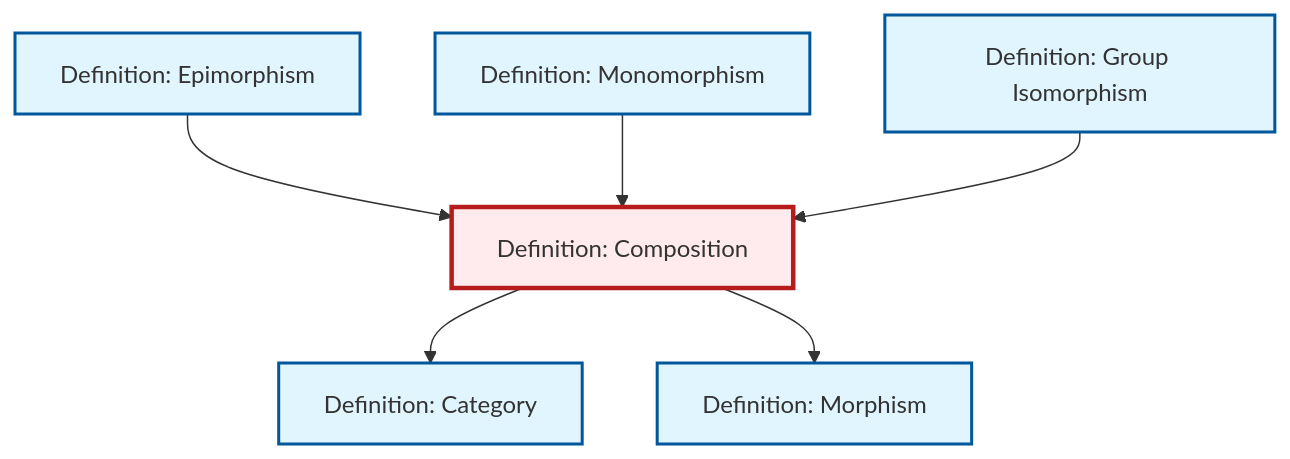
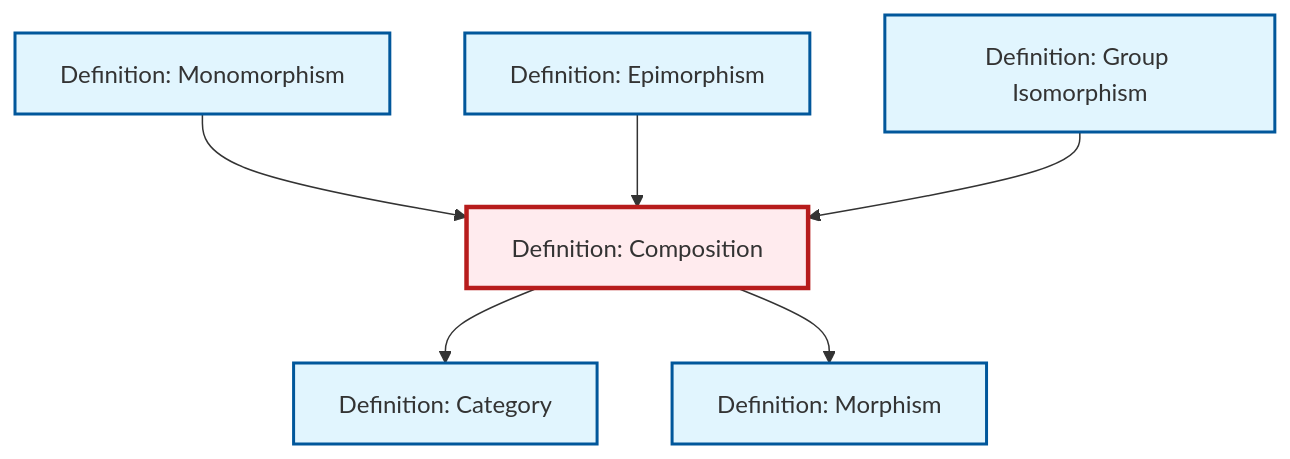
One commit to RK0429/ModernMath changed the diagram in content/ja/category-theory/def-composition.qmd. Above: the diagram before and after it, drawn with Mermaid. The commit also changed other lines of this file and 619 other files, not shown here.

````diff
--- a/content/ja/category-theory/def-composition.qmd
+++ b/content/ja/category-theory/def-composition.qmd
@@ -93,26 +93,26 @@
 ```{mermaid}
 %%| fig-cap: "Local dependency graph"
 graph TD
     classDef definition fill:#e1f5fe,stroke:#01579b,stroke-width:2px
     classDef theorem fill:#f3e5f5,stroke:#4a148c,stroke-width:2px
     classDef axiom fill:#fff3e0,stroke:#e65100,stroke-width:2px
     classDef example fill:#e8f5e9,stroke:#1b5e20,stroke-width:2px
     classDef current fill:#ffebee,stroke:#b71c1c,stroke-width:3px
+    def-composition["Definition: Composition"]:::definition
+    def-monomorphism["Definition: Monomorphism"]:::definition
     def-epimorphism["Definition: Epimorphism"]:::definition
+    def-morphism["Definition: Morphism"]:::definition
+    def-isomorphism["Definition: Group Isomorphism"]:::definition
     def-category["Definition: Category"]:::definition
-    def-isomorphism["Definition: Group Isomorphism"]:::definition
-    def-morphism["Definition: Morphism"]:::definition
-    def-monomorphism["Definition: Monomorphism"]:::definition
-    def-composition["Definition: Composition"]:::definition
     def-composition --> def-category
+    def-monomorphism --> def-composition
+    def-epimorphism --> def-composition
     def-composition --> def-morphism
-    def-epimorphism --> def-composition
-    def-monomorphism --> def-composition
     def-isomorphism --> def-composition
     class def-composition current
+    click def-monomorphism "def-monomorphism.html" "Definition: Monomorphismへ"
     click def-epimorphism "def-epimorphism.html" "Definition: Epimorphismへ"
+    click def-morphism "def-morphism.html" "Definition: Morphismへ"
+    click def-isomorphism "def-isomorphism.html" "Definition: Group Isomorphismへ"
     click def-category "def-category.html" "Definition: Categoryへ"
-    click def-isomorphism "def-isomorphism.html" "Definition: Group Isomorphismへ"
-    click def-morphism "def-morphism.html" "Definition: Morphismへ"
-    click def-monomorphism "def-monomorphism.html" "Definition: Monomorphismへ"
 ```
````
